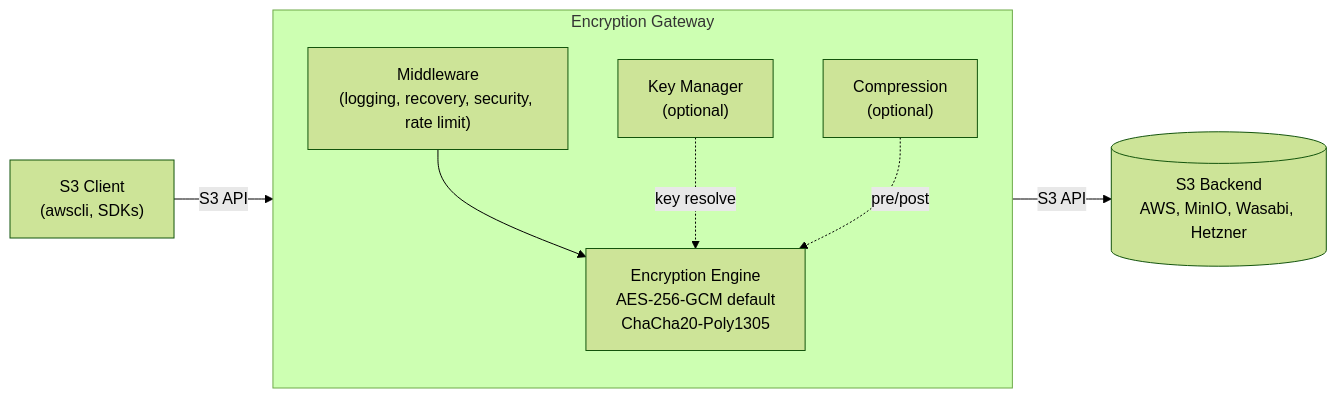
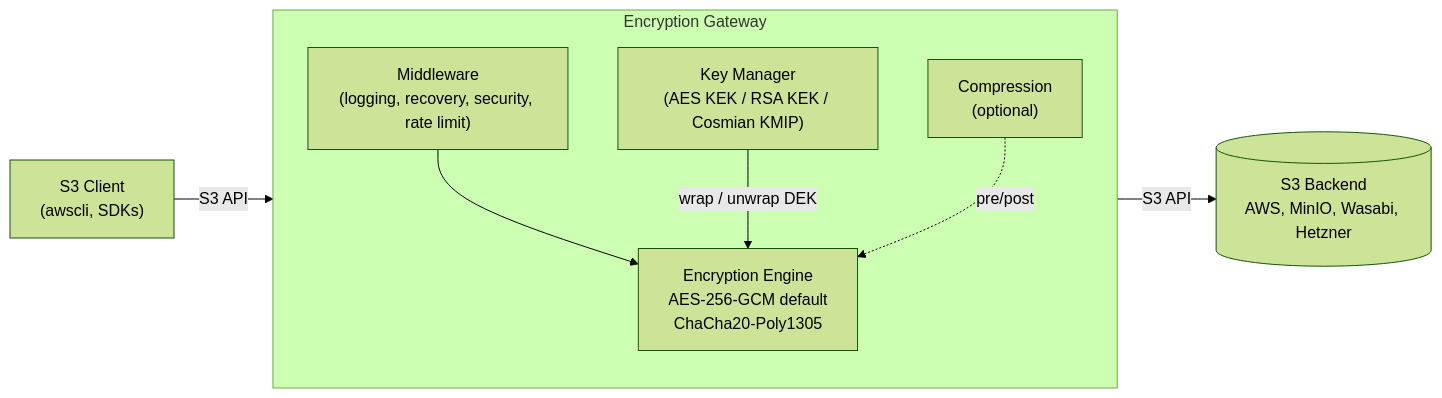
Before and after one commit to cloud37/s3-encryption-gateway: the first of 2 diagrams in README.md, drawn with Mermaid (forest theme). The commit also changed other lines of this file, not shown here.

````diff
--- a/README.md
+++ b/README.md
@@ -651,14 +792,14 @@
 ```mermaid
 flowchart LR
   C["S3 Client<br/>(awscli, SDKs)"] --> |S3 API| G[Encryption Gateway]
   subgraph G["Encryption Gateway"]
     D["Middleware<br/>(logging, recovery, security, rate limit)"]
     E["Encryption Engine<br/>AES-256-GCM default<br/>ChaCha20-Poly1305"]
-    K["Key Manager<br/>(optional)"]
+    K["Key Manager<br/>(AES KEK / RSA KEK / Cosmian KMIP)"]
     CMP["Compression<br/>(optional)"]
     D --> E
-    K -.-> |key resolve| E
+    K --> |wrap / unwrap DEK| E
     CMP -.-> |pre/post| E
   end
   G --> |S3 API| B[("S3 Backend<br/>AWS, MinIO, Wasabi, Hetzner")]
 ```
````
